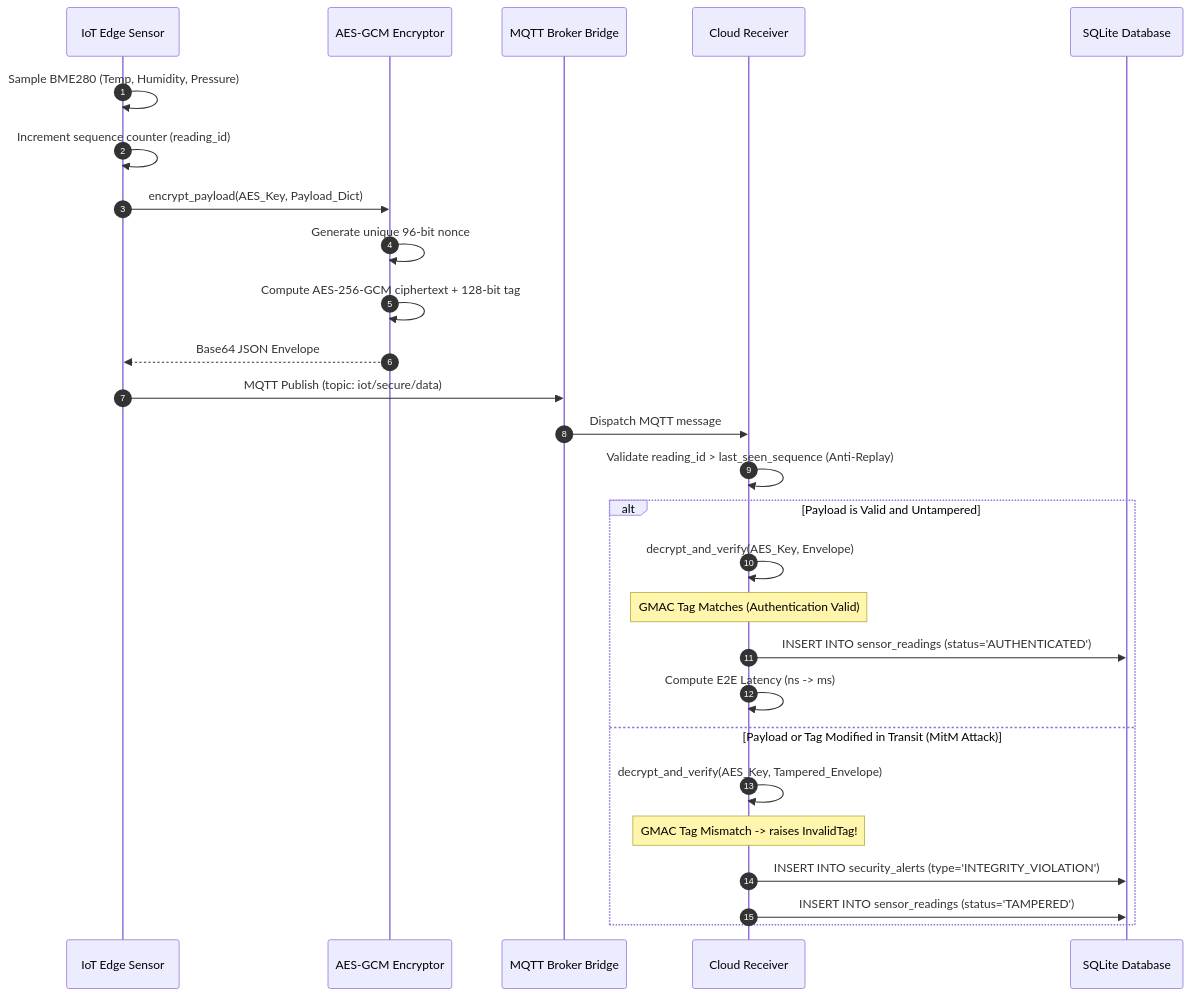
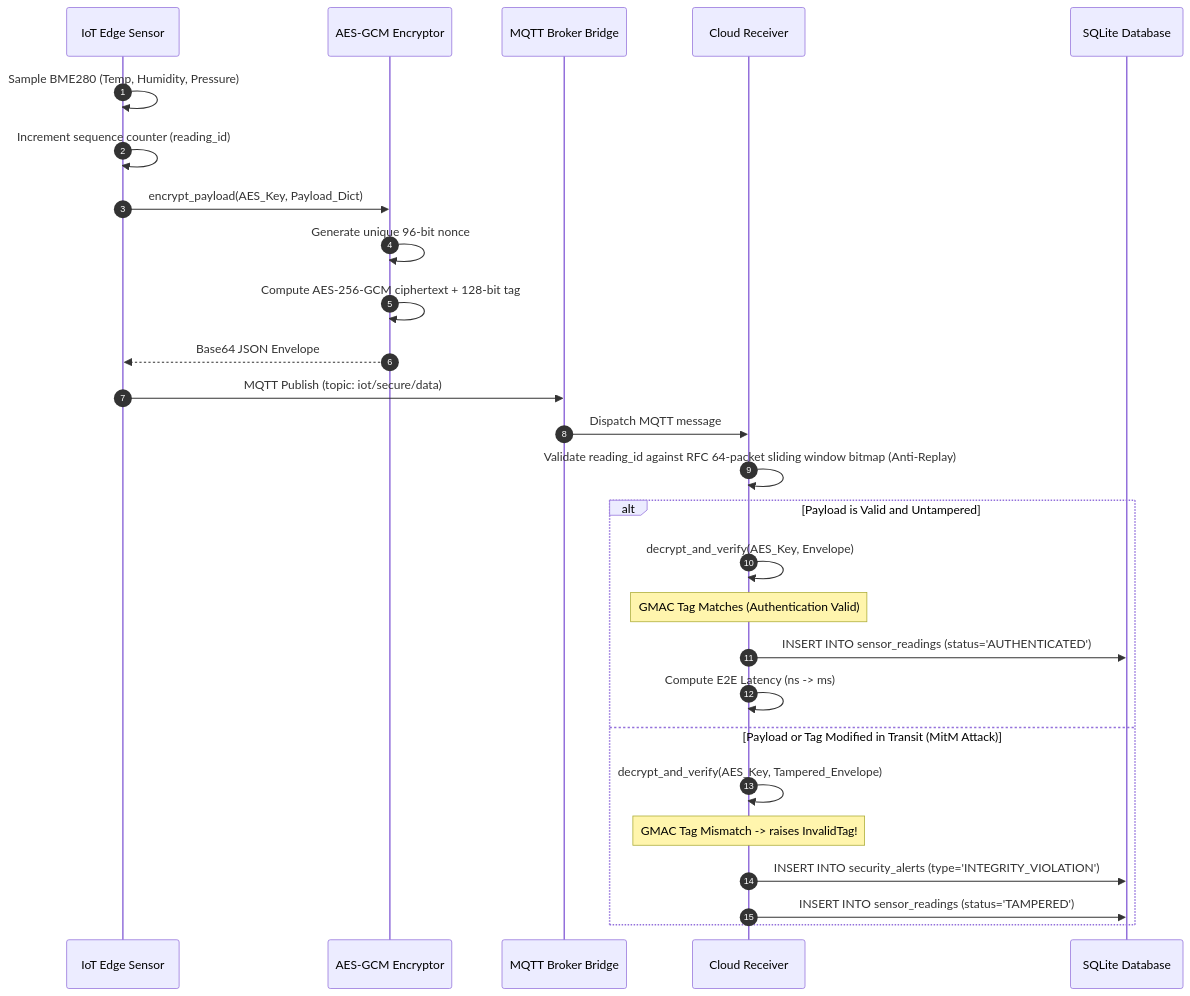
One commit to ROHAN-BHUTANI/HYBRID-QKD-BB84-AES256-GCM-MQTT-IOT-PIPELINE changed the sixth of 6 diagrams in docs/architecture.md. Above: the diagram before and after it, drawn with Mermaid. The commit also changed 38 other files, not shown here.

````diff
--- a/docs/architecture.md
+++ b/docs/architecture.md
@@ -177,30 +177,30 @@
 ```mermaid
 sequenceDiagram
     autonumber
     participant Sensor as IoT Edge Sensor
     participant Crypto as AES-GCM Encryptor
     participant Broker as MQTT Broker Bridge
     participant Cloud as Cloud Receiver
     participant DB as SQLite Database
 
     Sensor->>Sensor: Sample BME280 (Temp, Humidity, Pressure)
     Sensor->>Sensor: Increment sequence counter (reading_id)
     Sensor->>Crypto: encrypt_payload(AES_Key, Payload_Dict)
     Crypto->>Crypto: Generate unique 96-bit nonce
     Crypto->>Crypto: Compute AES-256-GCM ciphertext + 128-bit tag
     Crypto-->>Sensor: Base64 JSON Envelope
     Sensor->>Broker: MQTT Publish (topic: iot/secure/data)
     Broker->>Cloud: Dispatch MQTT message
-    Cloud->>Cloud: Validate reading_id > last_seen_sequence (Anti-Replay)
+    Cloud->>Cloud: Validate reading_id against RFC 64-packet sliding window bitmap (Anti-Replay)
     alt Payload is Valid and Untampered
         Cloud->>Cloud: decrypt_and_verify(AES_Key, Envelope)
         Note over Cloud: GMAC Tag Matches (Authentication Valid)
         Cloud->>DB: INSERT INTO sensor_readings (status='AUTHENTICATED')
         Cloud->>Cloud: Compute E2E Latency (ns -> ms)
     else Payload or Tag Modified in Transit (MitM Attack)
         Cloud->>Cloud: decrypt_and_verify(AES_Key, Tampered_Envelope)
         Note over Cloud: GMAC Tag Mismatch -> raises InvalidTag!
         Cloud->>DB: INSERT INTO security_alerts (type='INTEGRITY_VIOLATION')
         Cloud->>DB: INSERT INTO sensor_readings (status='TAMPERED')
     end
 ```
````
